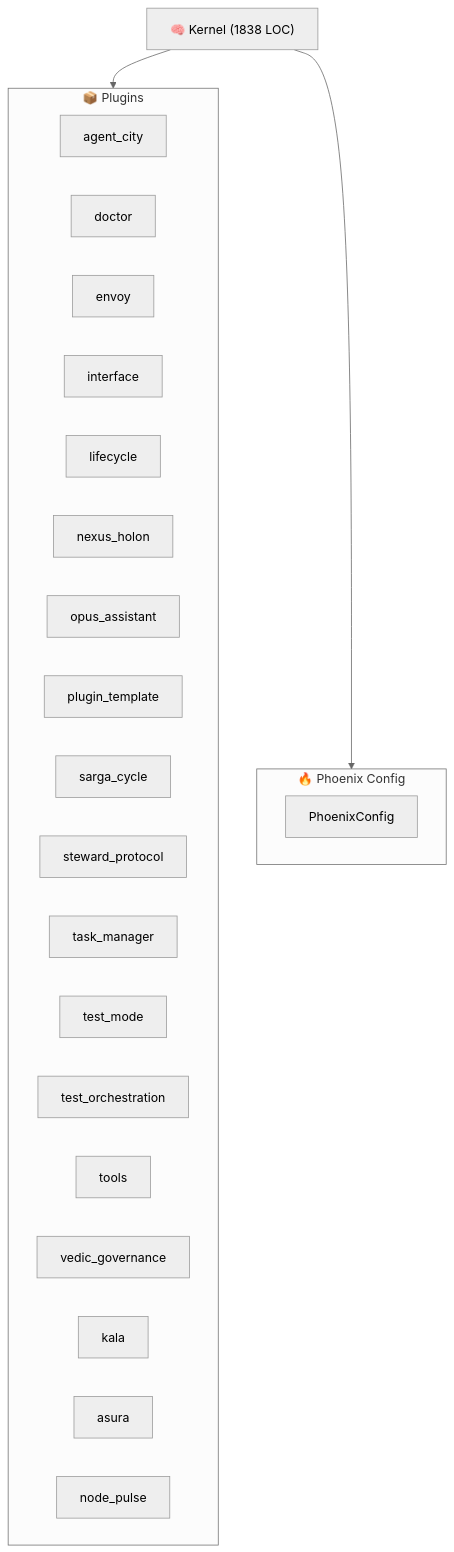
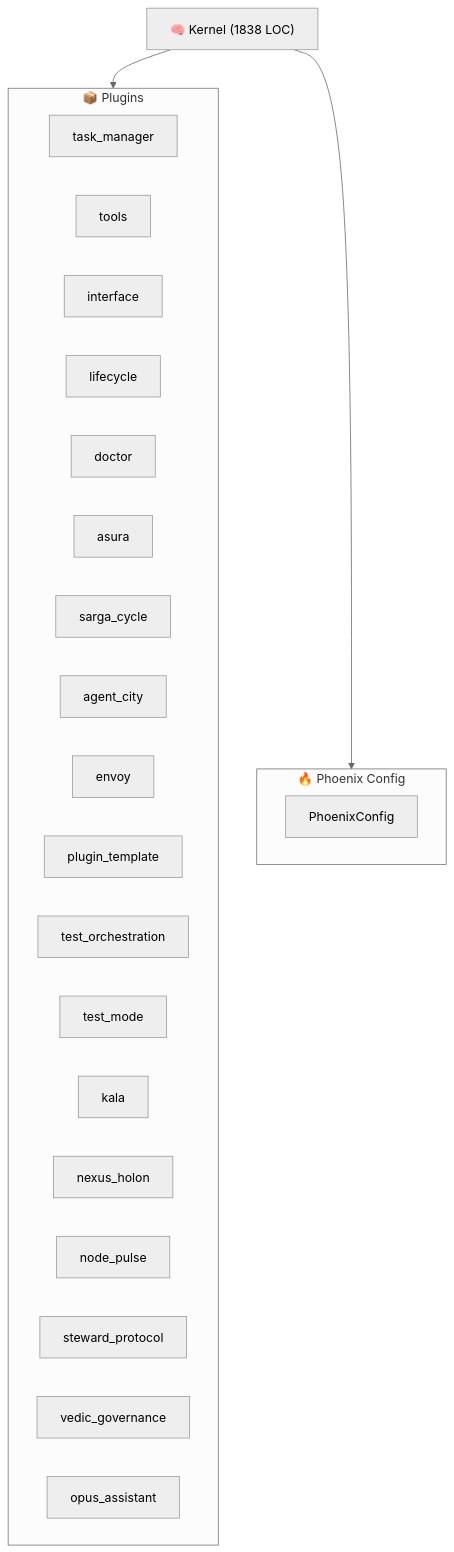
Before and after one commit to kimeisele/steward-protocol: the diagram in ARCHITECTURE.md, drawn with Mermaid (neutral theme). The commit also changed other lines of this file and 5 other files, not shown here.

````diff
--- a/ARCHITECTURE.md
+++ b/ARCHITECTURE.md
@@ -8,29 +8,29 @@
 ```mermaid
 graph TB
     K["🧠 Kernel (1838 LOC)"]
     subgraph Plugins["📦 Plugins"]
-        P_agent_city["agent_city"]
-        P_doctor["doctor"]
-        P_envoy["envoy"]
+        P_task_manager["task_manager"]
+        P_tools["tools"]
         P_interface["interface"]
         P_lifecycle["lifecycle"]
+        P_doctor["doctor"]
+        P_asura["asura"]
+        P_sarga_cycle["sarga_cycle"]
+        P_agent_city["agent_city"]
+        P_envoy["envoy"]
+        P_plugin_template["plugin_template"]
+        P_test_orchestration["test_orchestration"]
+        P_test_mode["test_mode"]
+        P_kala["kala"]
         P_nexus_holon["nexus_holon"]
+        P_node_pulse["node_pulse"]
+        P_steward_protocol["steward_protocol"]
+        P_vedic_governance["vedic_governance"]
         P_opus_assistant["opus_assistant"]
-        P_plugin_template["plugin_template"]
-        P_sarga_cycle["sarga_cycle"]
-        P_steward_protocol["steward_protocol"]
-        P_task_manager["task_manager"]
-        P_test_mode["test_mode"]
-        P_test_orchestration["test_orchestration"]
-        P_tools["tools"]
-        P_vedic_governance["vedic_governance"]
-        P_kala["kala"]
-        P_asura["asura"]
-        P_node_pulse["node_pulse"]
     end
     K --> Plugins
     subgraph Config["🔥 Phoenix Config"]
         PC[PhoenixConfig]
     end
     K --> Config
 ```
````
